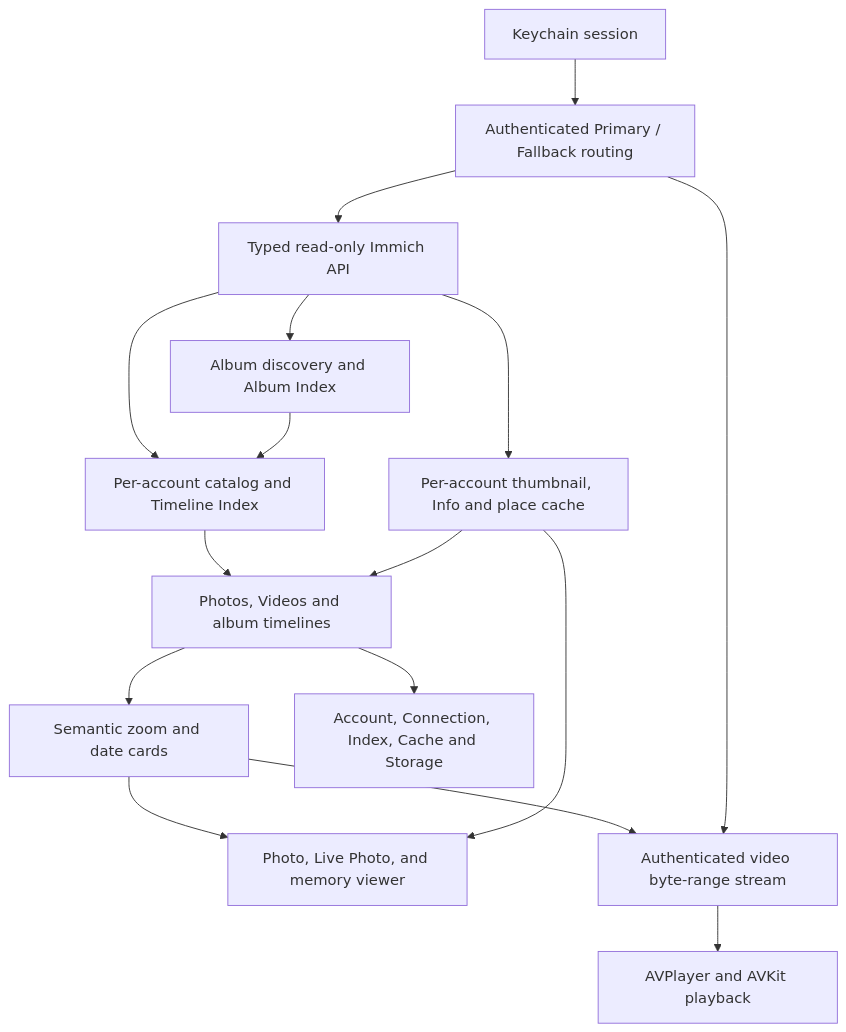
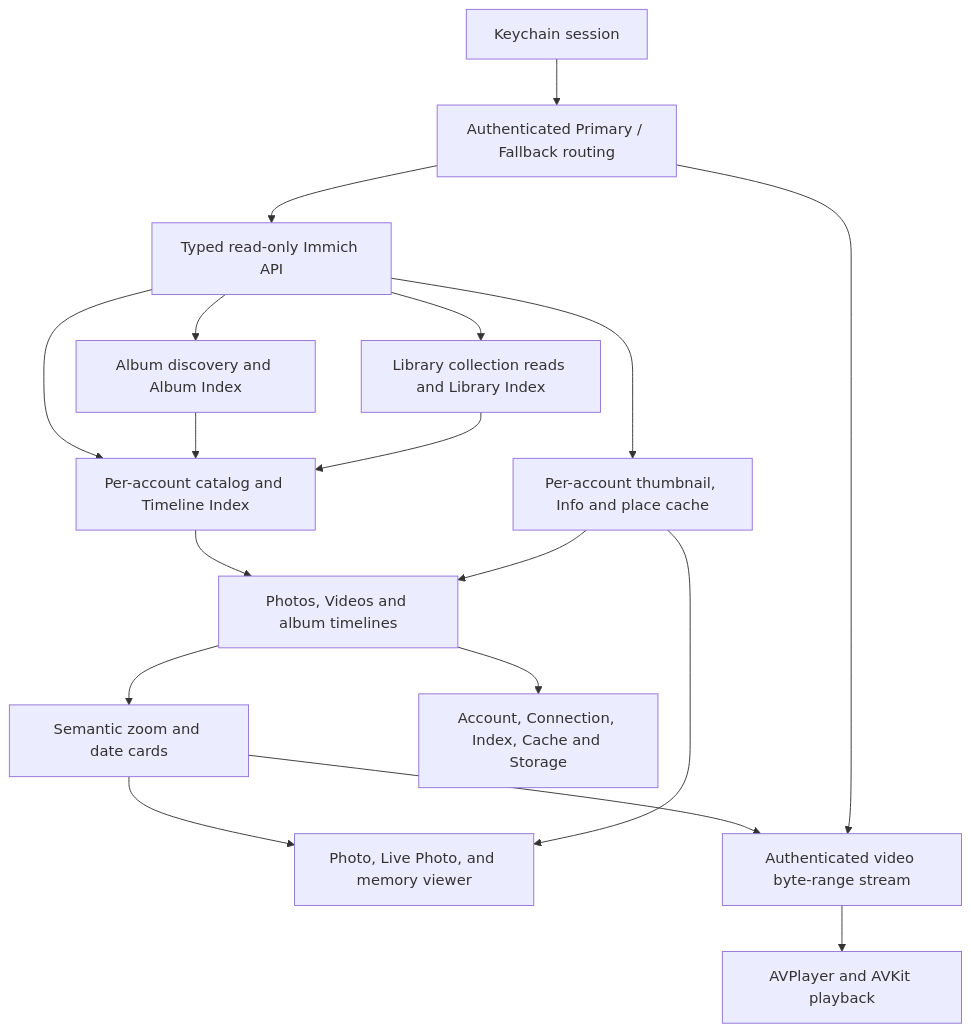
The diagram in CONTRIBUTING.md (Ender-Wang/Remmich), drawn with Mermaid before and after one commit. The commit also changed other lines of this file and 2 other files, not shown here.

First line of the commit message:
docs: Library Index sync and offline browsing

````diff
--- a/CONTRIBUTING.md
+++ b/CONTRIBUTING.md
@@ -46,18 +46,20 @@
 ```mermaid
 flowchart TD
     Keychain[Keychain session] --> Routing[Authenticated Primary / Fallback routing]
     Routing --> API[Typed read-only Immich API]
     API --> Index[Per-account catalog and Timeline Index]
     API --> Albums[Album discovery and Album Index]
+    API --> Collections[Library collection reads and Library Index]
     Albums --> Index
+    Collections --> Index
     Index --> Timeline[Photos, Videos and album timelines]
     API --> Cache[Per-account thumbnail, Info and place cache]
     Cache --> Timeline
     Timeline --> Browsing[Semantic zoom and date cards]
     Browsing --> Viewer[Photo, Live Photo, and memory viewer]
     Cache --> Viewer
     Browsing --> Stream[Authenticated video byte-range stream]
     Routing --> Stream
     Stream --> AVKit[AVPlayer and AVKit playback]
     Timeline --> Profile[Account, Connection, Index, Cache and Storage]
 ```
````
